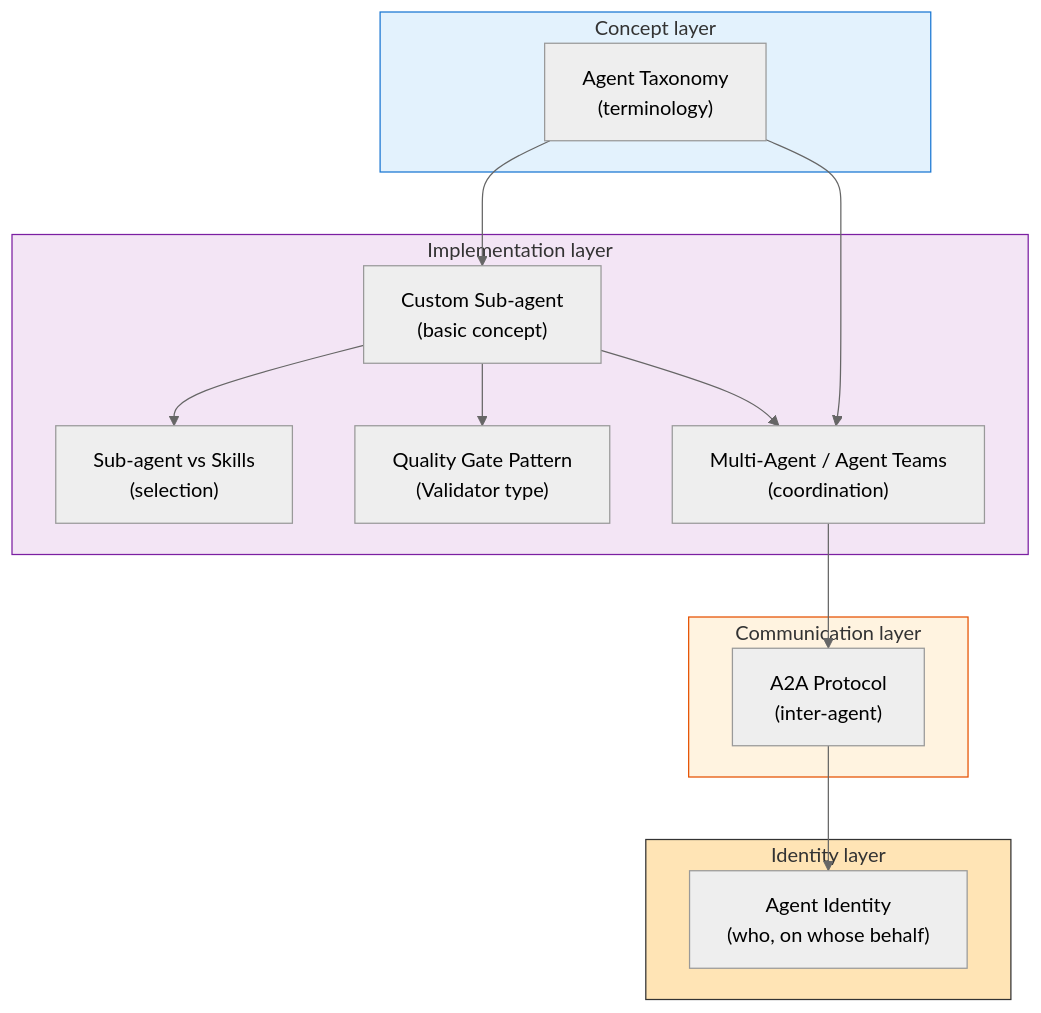
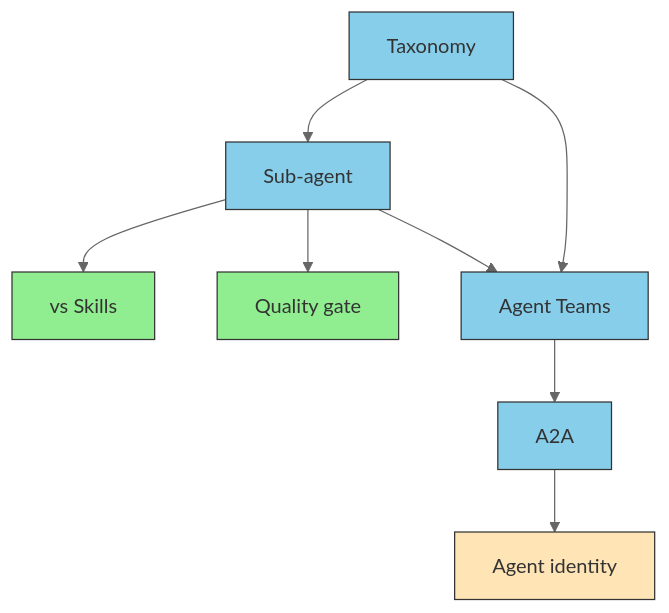
The diagram in docs/agents/index.md (shuji-bonji/ai-agent-architecture), drawn with Mermaid (neutral theme) before and after one commit. The commit also changed other lines of this file and 26 other files, not shown here.

````diff
--- a/docs/agents/index.md
+++ b/docs/agents/index.md
@@ -14,31 +40,26 @@
 ```mermaid
 flowchart TB
-    subgraph CONCEPT["Concept layer"]
-        TAX["Agent Taxonomy<br/>(terminology)"]
-    end
-    subgraph IMPL["Implementation layer"]
-        SUB["Custom Sub-agent<br/>(basic concept)"]
-        VS["Sub-agent vs Skills<br/>(selection)"]
-        QG["Quality Gate Pattern<br/>(Validator type)"]
-        TEAM["Multi-Agent / Agent Teams<br/>(coordination)"]
-    end
-    subgraph COMM["Communication layer"]
-        A2A["A2A Protocol<br/>(inter-agent)"]
-    end
-    subgraph IDENT["Identity layer"]
-        ID["Agent Identity<br/>(who, on whose behalf)"]
-    end
+    TAX["Taxonomy"]
+    SUB["Sub-agent"]
+    VS["vs Skills"]
+    QG["Quality gate"]
+    TEAM["Agent Teams"]
+    A2A["A2A"]
+    ID["Agent identity"]
 
     TAX --> SUB
     TAX --> TEAM
     SUB --> VS
     SUB --> QG
     SUB --> TEAM
     TEAM --> A2A
     A2A --> ID
 
-    style CONCEPT fill:#e3f2fd,stroke:#1976d2,color:#333
-    style IMPL fill:#f3e5f5,stroke:#7b1fa2,color:#333
-    style COMM fill:#fff3e0,stroke:#e65100,color:#333
-    style IDENT fill:#FFE4B5,color:#333,stroke:#333
+    style TAX fill:#87CEEB,color:#333,stroke:#333
+    style SUB fill:#87CEEB,color:#333,stroke:#333
+    style TEAM fill:#87CEEB,color:#333,stroke:#333
+    style A2A fill:#87CEEB,color:#333,stroke:#333
+    style ID fill:#FFE4B5,color:#333,stroke:#333
+    style VS fill:#90EE90,color:#333,stroke:#333
+    style QG fill:#90EE90,color:#333,stroke:#333
 ```
````
